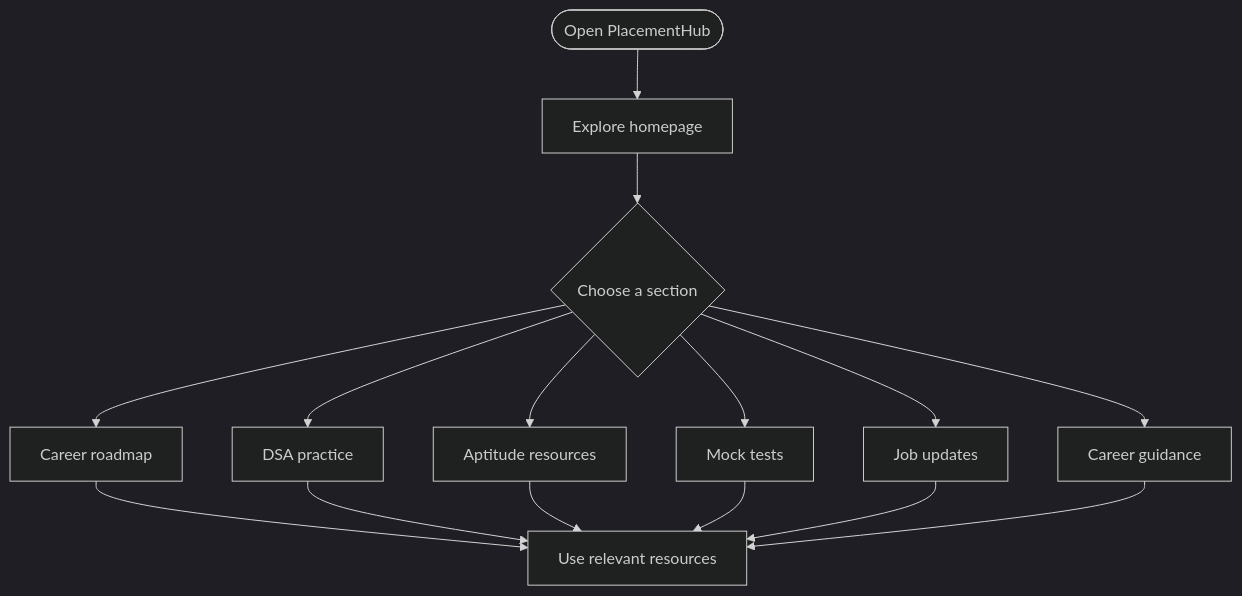
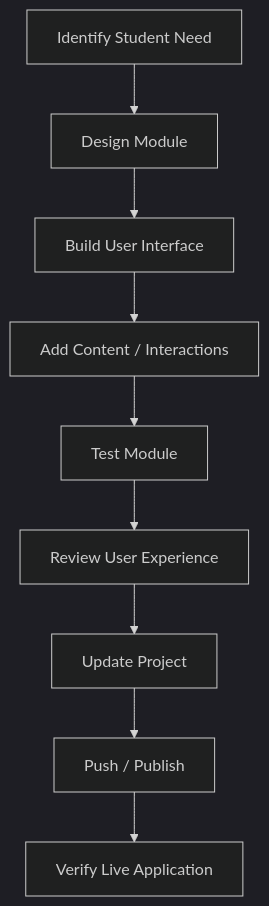
Before and after one commit to Sreehitha24/PlacementHub: the fifth of 5 diagrams in README.md, drawn with Mermaid (dark theme). The commit also changed other lines of this file, not shown here.

````diff
--- a/README.md
+++ b/README.md
@@ -90,17 +479,20 @@
 ```mermaid
 flowchart TD
-    START([Open PlacementHub]) --> HOME[Explore homepage]
-    HOME --> CHOOSE{Choose a section}
-    CHOOSE --> ROAD[Career roadmap]
-    CHOOSE --> DSA[DSA practice]
-    CHOOSE --> APT[Aptitude resources]
-    CHOOSE --> MOCK[Mock tests]
-    CHOOSE --> JOB[Job updates]
-    CHOOSE --> GUIDE[Career guidance]
-    ROAD --> LEARN[Use relevant resources]
-    DSA --> LEARN
-    APT --> LEARN
-    MOCK --> LEARN
-    JOB --> LEARN
-    GUIDE --> LEARN
+
+    A[Identify Student Need]
+    --> B[Design Module]
+
+    B --> C[Build User Interface]
+
+    C --> D[Add Content / Interactions]
+
+    D --> E[Test Module]
+
+    E --> F[Review User Experience]
+
+    F --> G[Update Project]
+
+    G --> H[Push / Publish]
+
+    H --> I[Verify Live Application]
 ```
````
